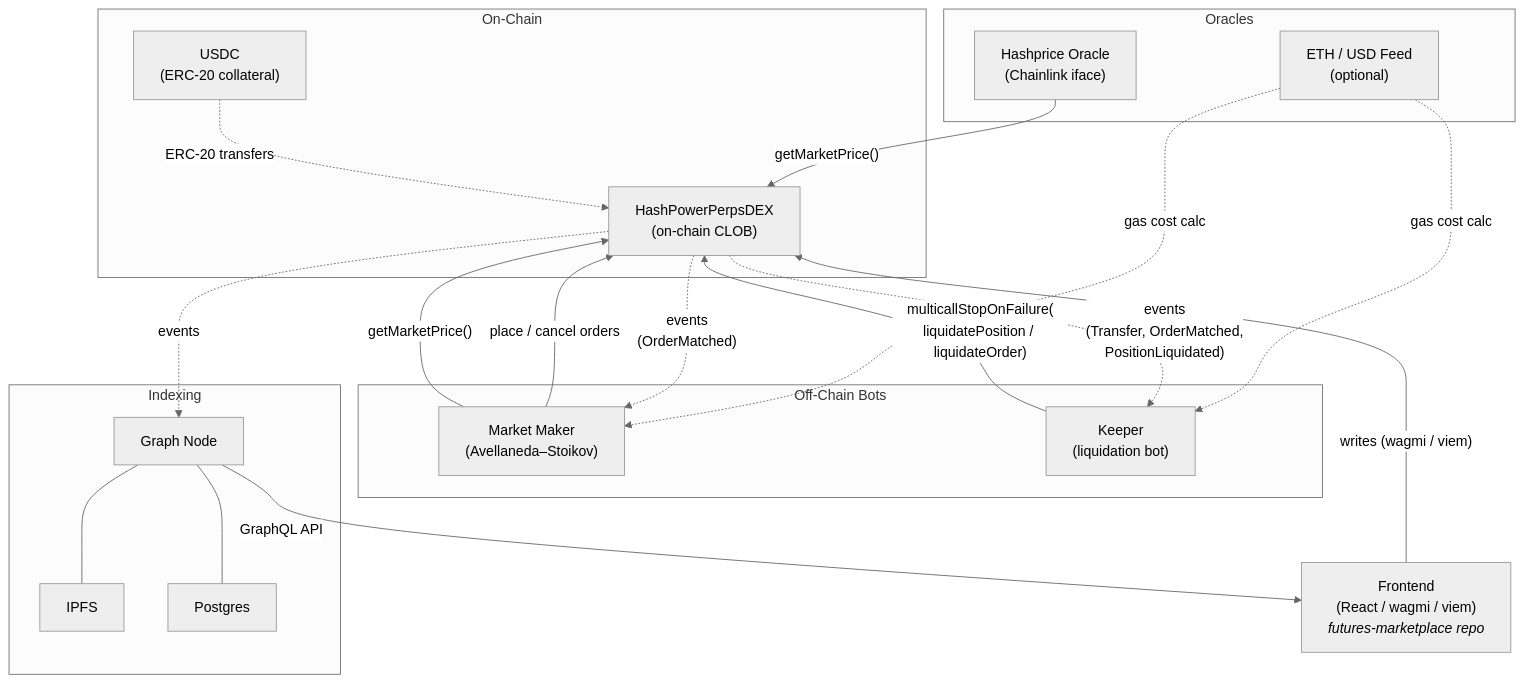
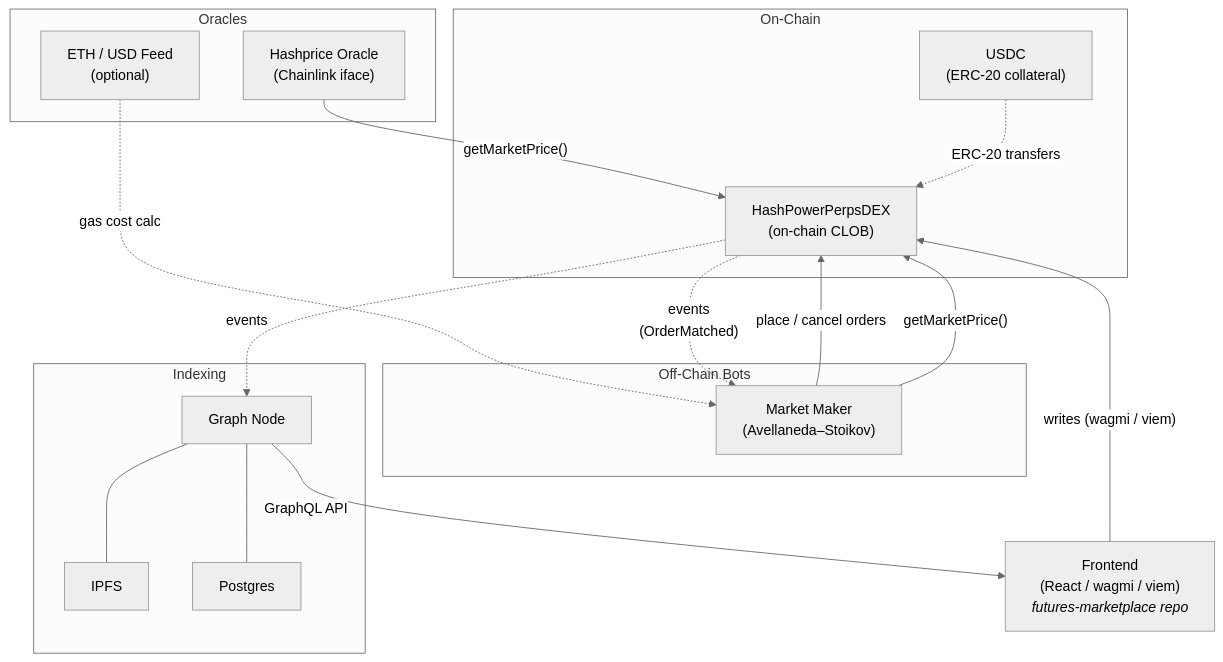
The diagram in README.md (Lumerin-protocol/derivatives-marketplace), drawn with Mermaid (neutral theme) before and after one commit. The commit also changed other lines of this file and 33 other files, not shown here.

````diff
--- a/README.md
+++ b/README.md
@@ -7,45 +7,40 @@
 ```mermaid
 graph TD
   subgraph Oracles
     HP["Hashprice Oracle<br/>(Chainlink iface)"]
     ETH["ETH / USD Feed<br/>(optional)"]
   end
 
   subgraph On-Chain
     Contract["HashPowerPerpsDEX<br/>(on-chain CLOB)"]
     Collateral["USDC<br/>(ERC-20 collateral)"]
   end
 
   subgraph Off-Chain Bots
     MM["Market Maker<br/>(Avellaneda–Stoikov)"]
-    Keeper["Keeper<br/>(liquidation bot)"]
   end
 
   subgraph Indexing
     GraphNode["Graph Node"]
     IPFS["IPFS"]
     Postgres["Postgres"]
   end
 
   Frontend["Frontend<br/>(React / wagmi / viem)<br/><i>futures-marketplace repo</i>"]
 
   HP -- "getMarketPrice()" --> Contract
   ETH -. "gas cost calc" .-> MM
-  ETH -. "gas cost calc" .-> Keeper
 
   MM -- "place / cancel orders" --> Contract
   Contract -. "events<br/>(OrderMatched)" .-> MM
   MM -- "getMarketPrice()" --> Contract
-
-  Keeper -- "multicallStopOnFailure(<br/>liquidatePosition / liquidateOrder)" --> Contract
-  Contract -. "events<br/>(Transfer, OrderMatched,<br/>PositionLiquidated)" .-> Keeper
 
   Collateral -. "ERC-20 transfers" .-> Contract
 
   Contract -. "events" .-> GraphNode
   GraphNode --- IPFS
   GraphNode --- Postgres
   GraphNode -- "GraphQL API" --> Frontend
 
   Frontend -- "writes (wagmi / viem)" --> Contract
 ```
````
